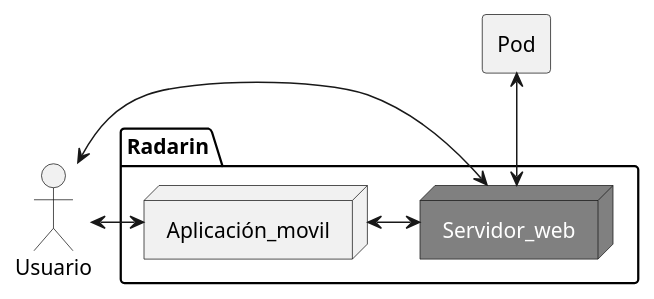
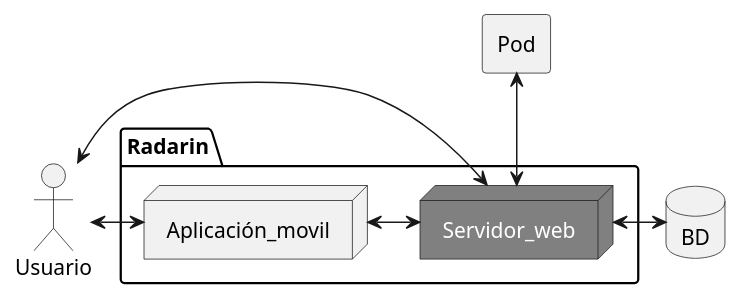
The first of 2 diagrams in webapp/docs/05_building_block_view.adoc (Arquisoft/radarin_es4b), drawn with PlantUML before and after one commit. The commit also changed other lines of this file, not shown here.

Commit message:
Actualización diagramas de bloques

```diff
--- a/webapp/docs/05_building_block_view.adoc
+++ b/webapp/docs/05_building_block_view.adoc
@@ -9,15 +9,17 @@
 [plantuml,"Nivel 1",png]
 ----
 @startuml
 actor Usuario
 package Radarin {
     node Aplicación_movil
     node Servidor_web #grey;text:white
 }
 agent "Pod"
+database BD
 Usuario <-right-> Servidor_web
 Usuario <-right-> Aplicación_movil
 Aplicación_movil <-right->  Servidor_web
 Pod <-down-> Servidor_web
+BD<-left-> Servidor_web
 @enduml
 ----
```
